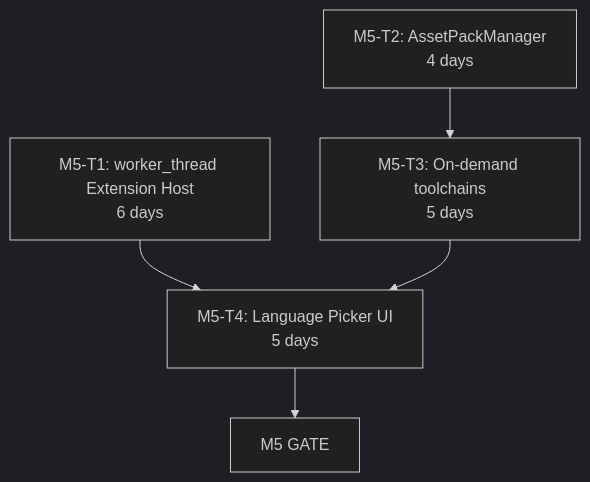
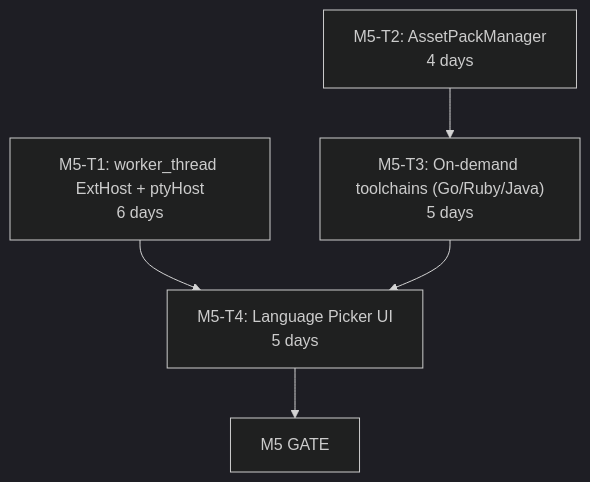
The eighth of 9 diagrams in docs/12-IMPLEMENTATION_PLAN.md (rmyndharis/VSCodroid), drawn with Mermaid (dark theme) before and after one commit. The commit also changed other lines of this file, not shown here.

````diff
--- a/docs/12-IMPLEMENTATION_PLAN.md
+++ b/docs/12-IMPLEMENTATION_PLAN.md
@@ -1783,7 +1868,7 @@
 ```mermaid
 flowchart TD
-  M5T1["M5-T1: worker_thread Extension Host<br/>6 days"] --> M5T4["M5-T4: Language Picker UI<br/>5 days"]
-  M5T2["M5-T2: AssetPackManager<br/>4 days"] --> M5T3["M5-T3: On-demand toolchains<br/>5 days"]
+  M5T1["M5-T1: worker_thread ExtHost + ptyHost<br/>6 days"] --> M5T4["M5-T4: Language Picker UI<br/>5 days"]
+  M5T2["M5-T2: AssetPackManager<br/>4 days"] --> M5T3["M5-T3: On-demand toolchains (Go/Ruby/Java)<br/>5 days"]
   M5T3 --> M5T4
   M5T4 --> M5GATE["M5 GATE"]
 ```
````
